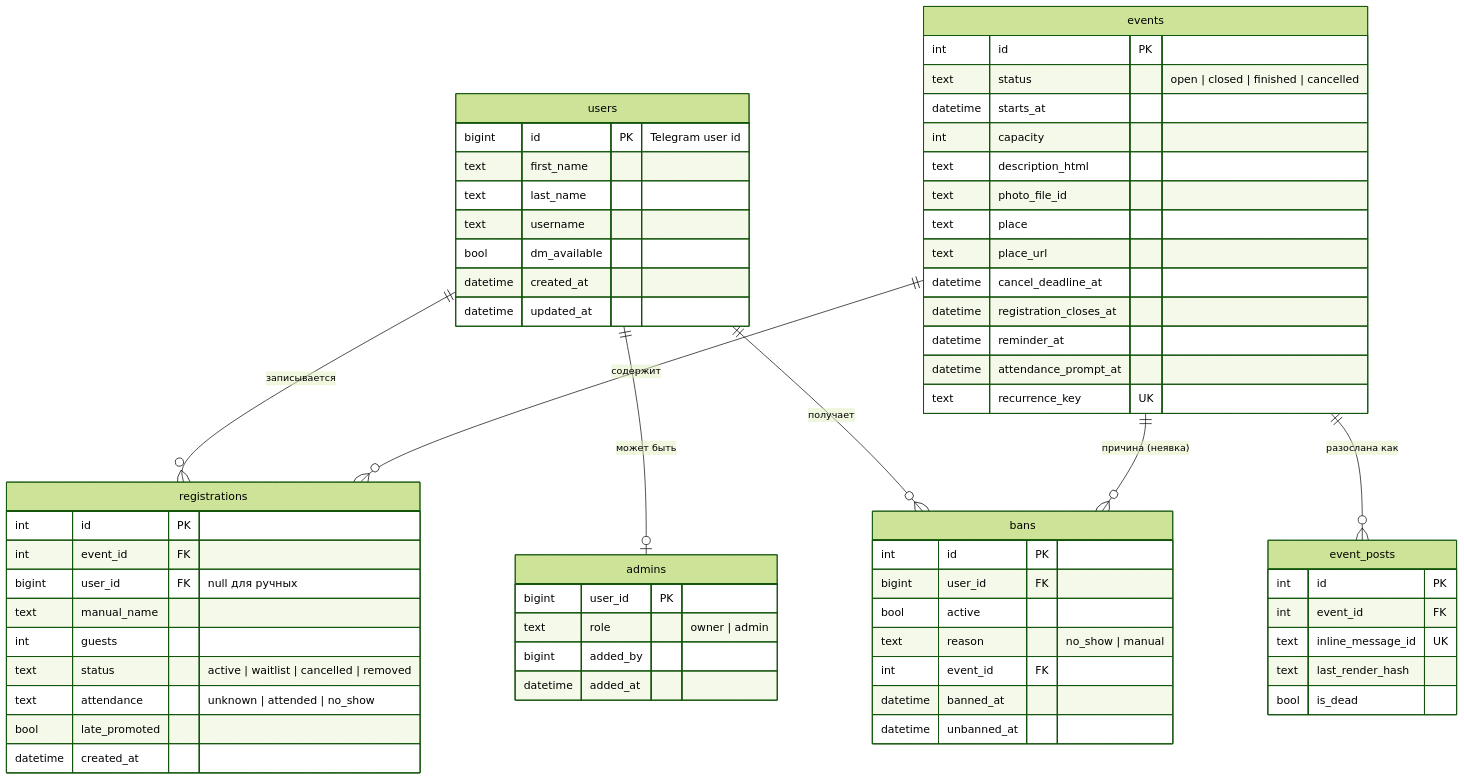
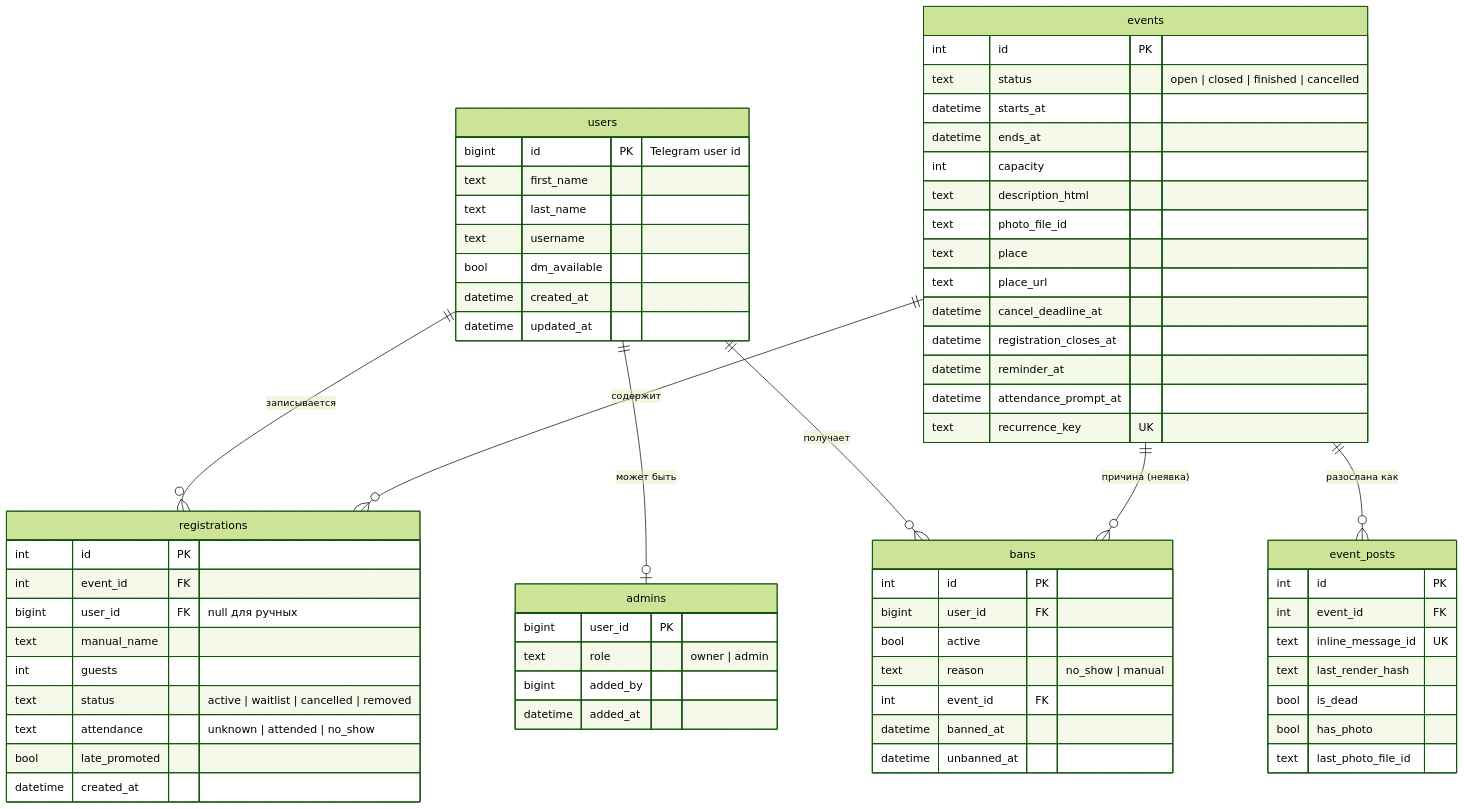
The diagram in docs/spec/10-data-model.md (dimbo1324/meetup-rsvp-bot), drawn with Mermaid (forest theme) before and after one commit. The commit also changed other lines of this file and 32 other files, not shown here.

First line of the commit message:
docs: документация по итогам M6.2 и аудита — спецификация, README, памятки, чек-лист Telegram, обзор, ROADMAP

````diff
--- a/docs/spec/10-data-model.md
+++ b/docs/spec/10-data-model.md
@@ -5,67 +5,70 @@
 ```mermaid
 erDiagram
     users ||--o{ registrations : "записывается"
     users ||--o| admins : "может быть"
     users ||--o{ bans : "получает"
     events ||--o{ registrations : "содержит"
     events ||--o{ event_posts : "разослана как"
     events ||--o{ bans : "причина (неявка)"
 
     users {
         bigint id PK "Telegram user id"
         text first_name
         text last_name
         text username
         bool dm_available
         datetime created_at
         datetime updated_at
     }
     admins {
         bigint user_id PK
         text role "owner | admin"
         bigint added_by
         datetime added_at
     }
     events {
         int id PK
         text status "open | closed | finished | cancelled"
         datetime starts_at
+        datetime ends_at
         int capacity
         text description_html
         text photo_file_id
         text place
         text place_url
         datetime cancel_deadline_at
         datetime registration_closes_at
         datetime reminder_at
         datetime attendance_prompt_at
         text recurrence_key UK
     }
     registrations {
         int id PK
         int event_id FK
         bigint user_id FK "null для ручных"
         text manual_name
         int guests
         text status "active | waitlist | cancelled | removed"
         text attendance "unknown | attended | no_show"
         bool late_promoted
         datetime created_at
     }
     event_posts {
         int id PK
         int event_id FK
         text inline_message_id UK
         text last_render_hash
         bool is_dead
+        bool has_photo
+        text last_photo_file_id
     }
     bans {
         int id PK
         bigint user_id FK
         bool active
         text reason "no_show | manual"
         int event_id FK
         datetime banned_at
         datetime unbanned_at
     }
 ```
````
